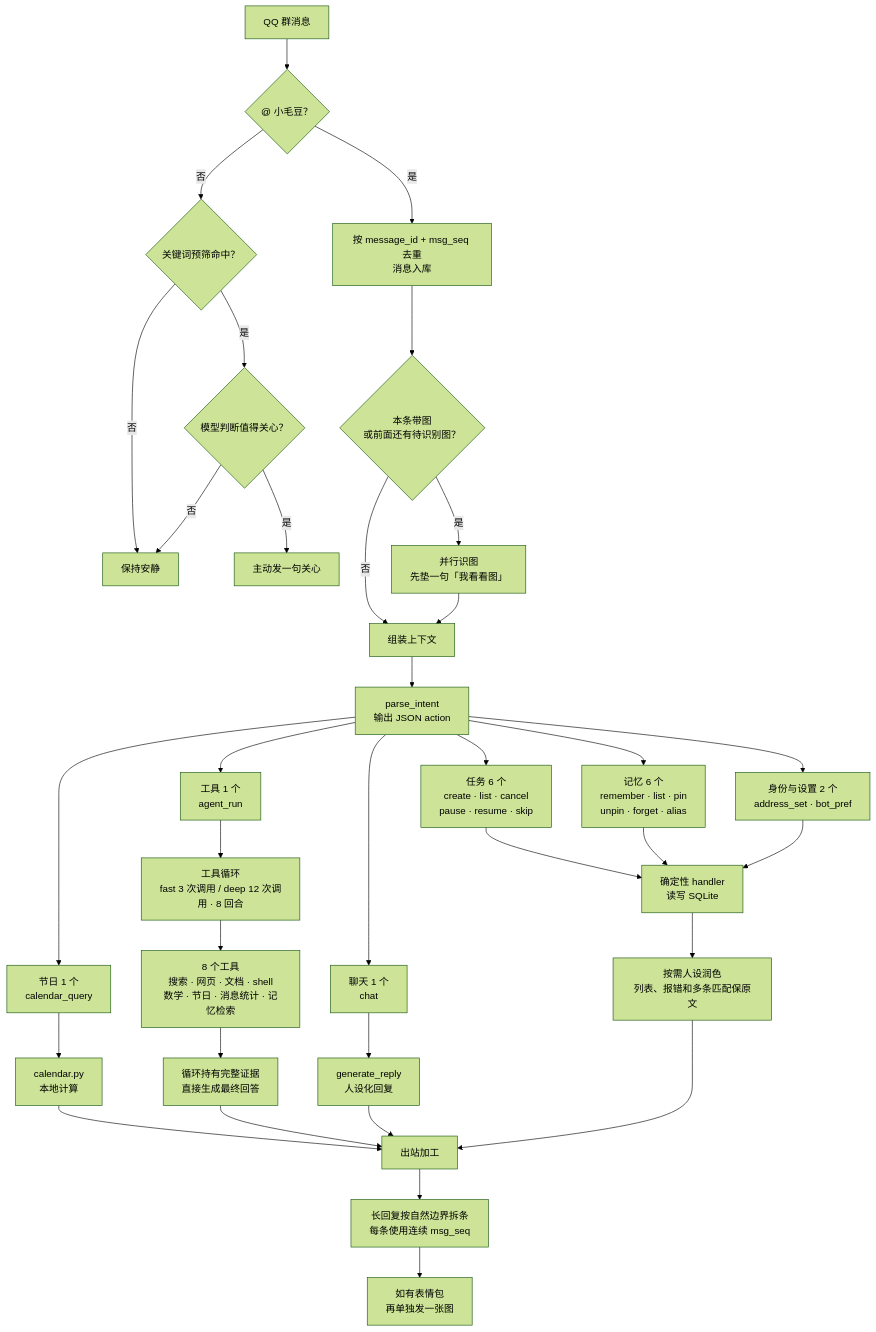
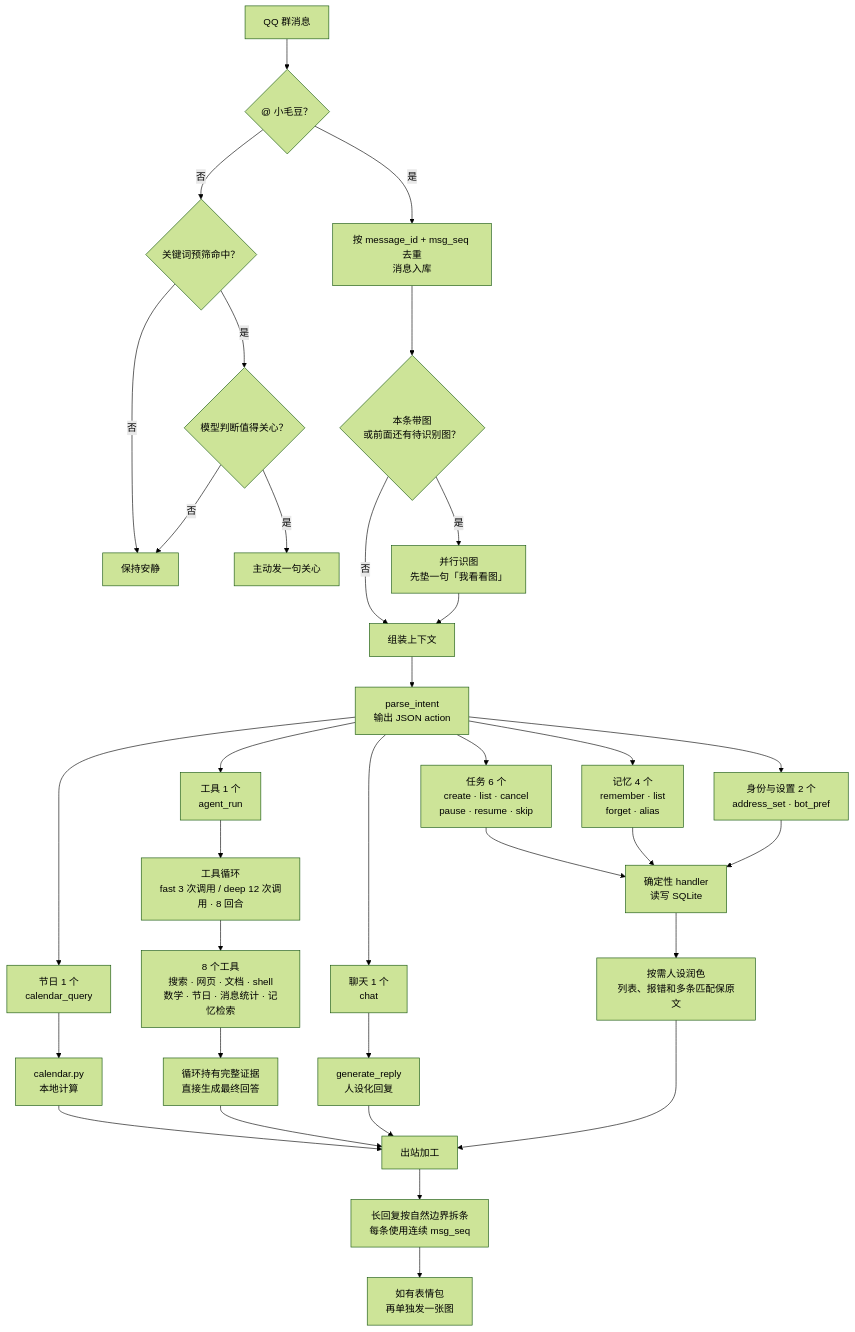
One commit to CLan-nad/qq-bot changed the second of 2 diagrams in README.md. Above: the diagram before and after it, drawn with Mermaid (forest theme). The commit also changed other lines of this file and 10 other files, not shown here.

````diff
--- a/README.md
+++ b/README.md
@@ -78,44 +78,44 @@
 ```mermaid
 flowchart TD
     QQ["QQ 群消息"] --> AT{"@ 小毛豆？"}
 
     AT -->|否| KEY{"关键词预筛命中？"}
     KEY -->|否| QUIET["保持安静"]
     KEY -->|是| CARE{"模型判断值得关心？"}
     CARE -->|是| CARE_YES["主动发一句关心"]
     CARE -->|否| QUIET
 
     AT -->|是| SAVE["按 message_id + msg_seq 去重<br/>消息入库"]
     SAVE --> IMG{"本条带图<br/>或前面还有待识别图？"}
     IMG -->|是| VISION["并行识图<br/>先垫一句「我看看图」"]
     IMG -->|否| CTX["组装上下文"]
     VISION --> CTX
     CTX --> INTENT["parse_intent<br/>输出 JSON action"]
 
     INTENT --> TASK["任务 6 个<br/>create · list · cancel<br/>pause · resume · skip"]
-    INTENT --> MEMORY["记忆 6 个<br/>remember · list · pin<br/>unpin · forget · alias"]
+    INTENT --> MEMORY["记忆 4 个<br/>remember · list<br/>forget · alias"]
     INTENT --> PREF["身份与设置 2 个<br/>address_set · bot_pref"]
     INTENT --> CALENDAR["节日 1 个<br/>calendar_query"]
     INTENT --> AGENT["工具 1 个<br/>agent_run"]
     INTENT --> CHAT["聊天 1 个<br/>chat"]
 
     TASK --> LOCAL["确定性 handler<br/>读写 SQLite"]
     MEMORY --> LOCAL
     PREF --> LOCAL
     CALENDAR --> CALC["calendar.py<br/>本地计算"]
 
     AGENT --> LOOP["工具循环<br/>fast 3 次调用 / deep 12 次调用 · 8 回合"]
     LOOP --> TOOLS["8 个工具<br/>搜索 · 网页 · 文档 · shell<br/>数学 · 节日 · 消息统计 · 记忆检索"]
     TOOLS --> TOOL_REPLY["循环持有完整证据<br/>直接生成最终回答"]
 
     CHAT --> REPLY["generate_reply<br/>人设化回复"]
 
     LOCAL --> POLISH["按需人设润色<br/>列表、报错和多条匹配保原文"]
     CALC --> FINAL["出站加工"]
     TOOL_REPLY --> FINAL
     REPLY --> FINAL
     POLISH --> FINAL
 
     FINAL --> TEXT["长回复按自然边界拆条<br/>每条使用连续 msg_seq"]
     TEXT --> STICKER["如有表情包<br/>再单独发一张图"]
 ```
````
